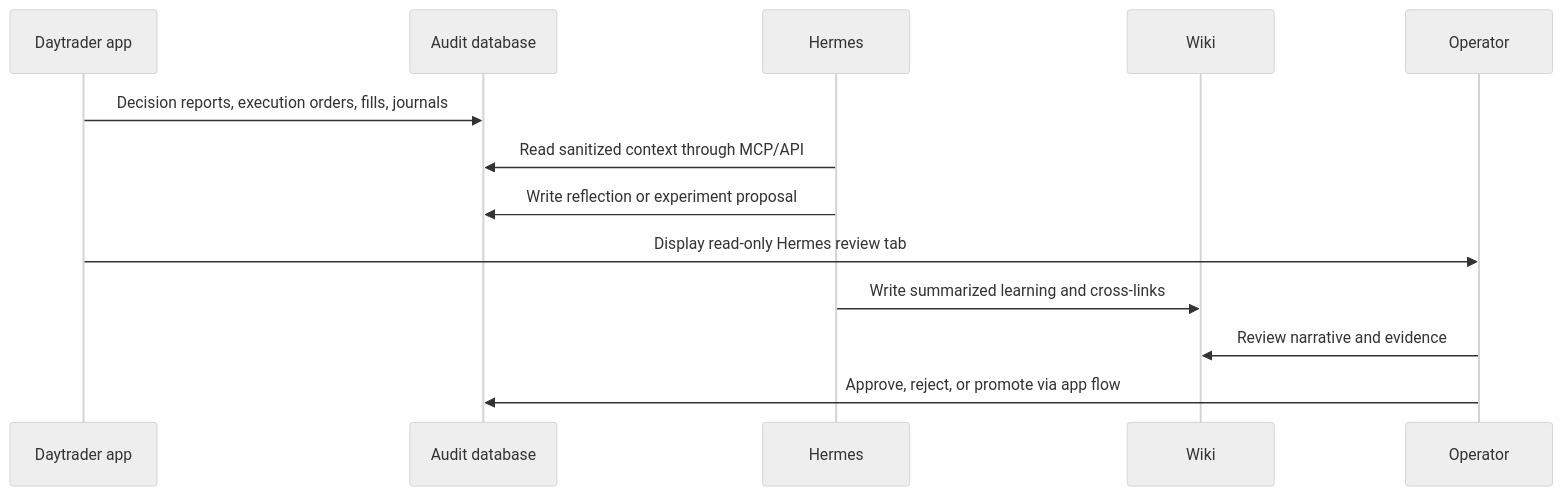
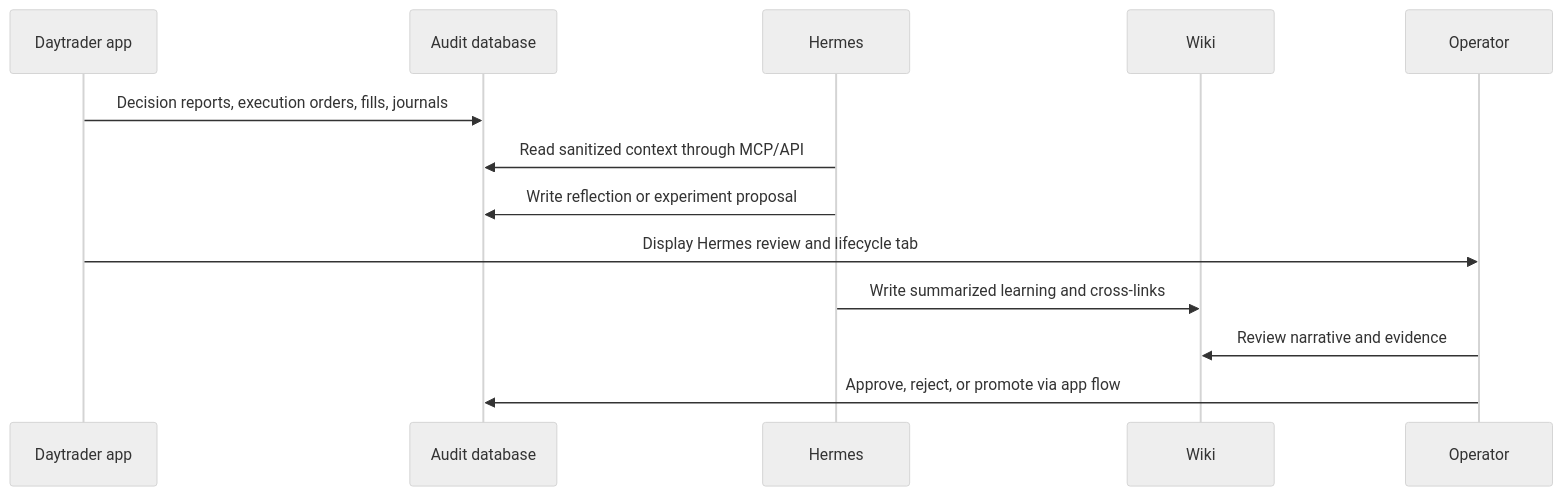
Before and after one commit to simonellefsen/saxo-daytrader-rust: the diagram in wiki/concepts/hermes-self-improvement.md, drawn with Mermaid (neutral theme). The commit also changed other lines of this file and 9 other files, not shown here.

Commit message:
Add Hermes experiment lifecycle

````diff
--- a/wiki/concepts/hermes-self-improvement.md
+++ b/wiki/concepts/hermes-self-improvement.md
@@ -19,16 +19,16 @@
 ```mermaid
 sequenceDiagram
   participant D as Daytrader app
   participant DB as Audit database
   participant H as Hermes
   participant W as Wiki
   participant U as Operator
 
   D->>DB: Decision reports, execution orders, fills, journals
   H->>DB: Read sanitized context through MCP/API
   H->>DB: Write reflection or experiment proposal
-  D->>U: Display read-only Hermes review tab
+  D->>U: Display Hermes review and lifecycle tab
   H->>W: Write summarized learning and cross-links
   U->>W: Review narrative and evidence
   U->>DB: Approve, reject, or promote via app flow
 ```
````
